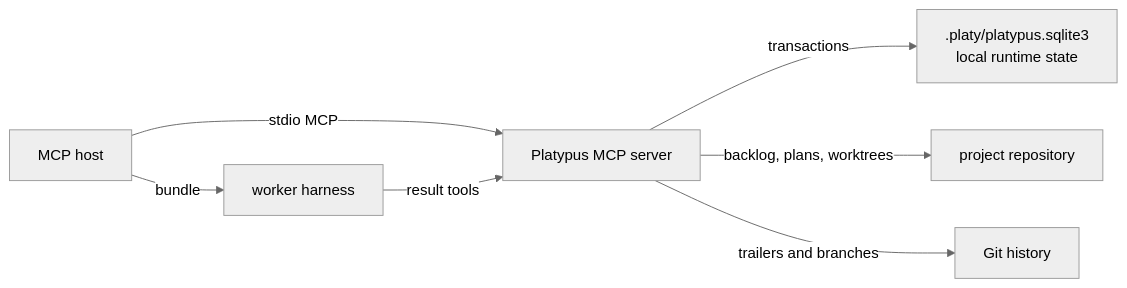
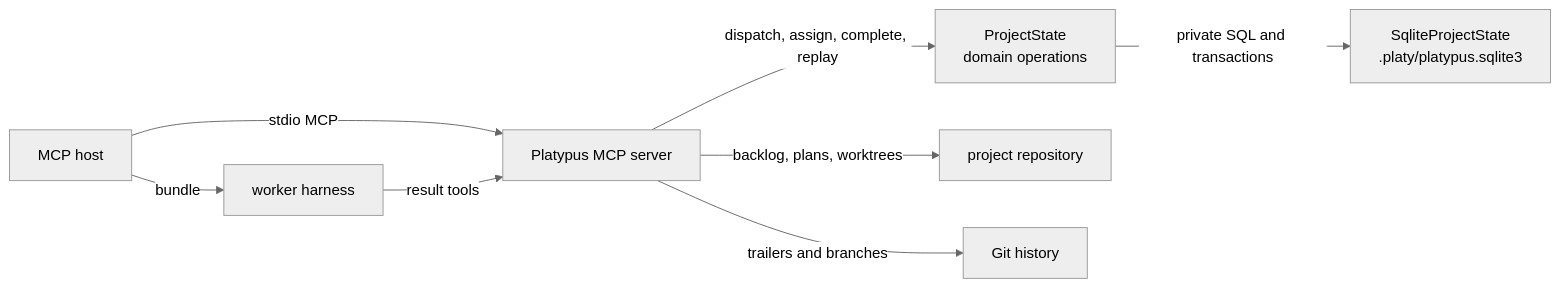
Before and after one commit to junousia/platypus-mcp: the sixth of 12 diagrams in docs/diagrams.md, drawn with Mermaid (neutral theme). The commit also changed other lines of this file and 3 other files, not shown here.

````diff
--- a/docs/diagrams.md
+++ b/docs/diagrams.md
@@ -175,16 +175,18 @@
 ```mermaid
 flowchart LR
     host["MCP host"]
     server["Platypus MCP server"]
-    sqlite[".platy/platypus.sqlite3<br/>local runtime state"]
+    state["ProjectState<br/>domain operations"]
+    sqlite["SqliteProjectState<br/>.platy/platypus.sqlite3"]
     repo["project repository"]
     git["Git history"]
     worker["worker harness"]
 
     host -->|stdio MCP| server
-    server -->|transactions| sqlite
+    server -->|dispatch, assign, complete, replay| state
+    state -->|private SQL and transactions| sqlite
     server -->|backlog, plans, worktrees| repo
     server -->|trailers and branches| git
     host -->|bundle| worker
     worker -->|result tools| server
 ```
````
